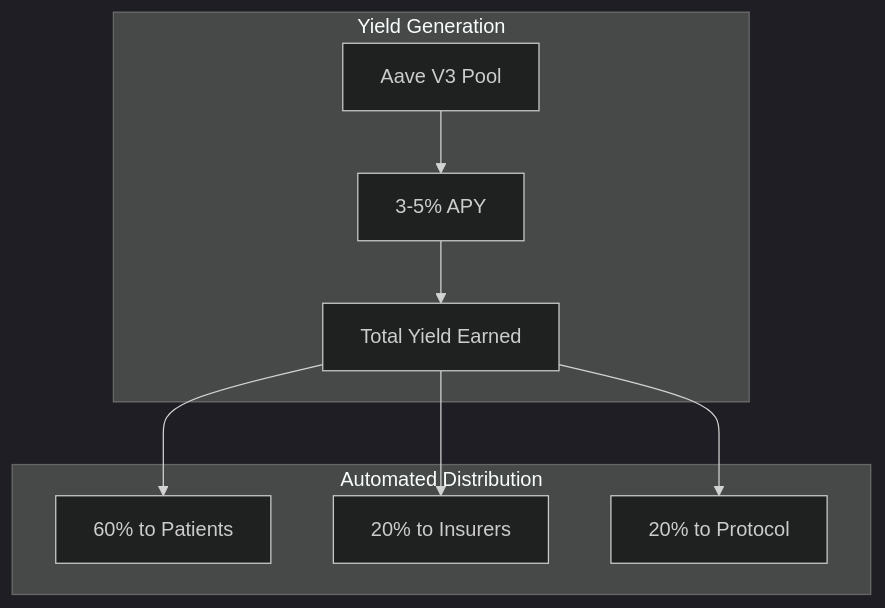
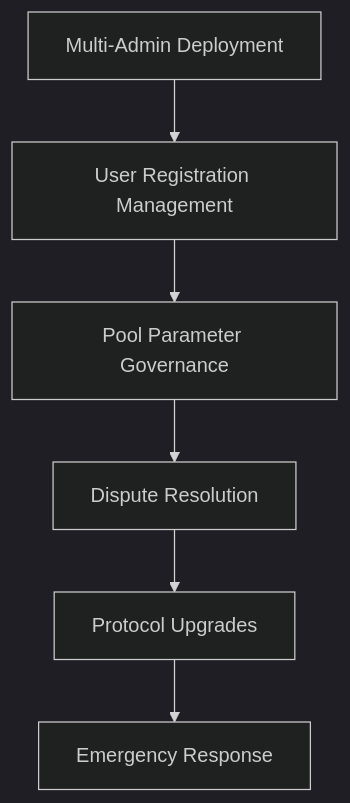
Diagram 15 of 18 in memory-bank/systemPatterns.md (ppezzull/zkMed), drawn with Mermaid (dark theme) before and after one commit. The commit also changed other lines of this file and 5 other files, not shown here.

````diff
--- a/memory-bank/systemPatterns.md
+++ b/memory-bank/systemPatterns.md
@@ -254,13 +576,8 @@
 ```mermaid
 graph TB
-    subgraph "Yield Generation"
-        A[Aave V3 Pool] --> B[3-5% APY]
-        B --> C[Total Yield Earned]
-    end
-    
-    subgraph "Automated Distribution"
-        C --> D[60% to Patients]
-        C --> E[20% to Insurers]
-        C --> F[20% to Protocol]
-    end
+    A[Multi-Admin Deployment] --> B[User Registration Management]
+    B --> C[Pool Parameter Governance]
+    C --> D[Dispute Resolution]
+    D --> E[Protocol Upgrades]
+    E --> F[Emergency Response]
 ```
````
